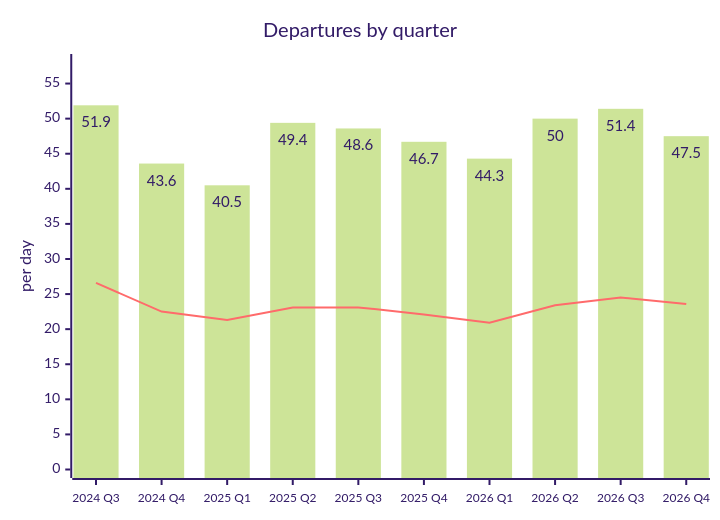
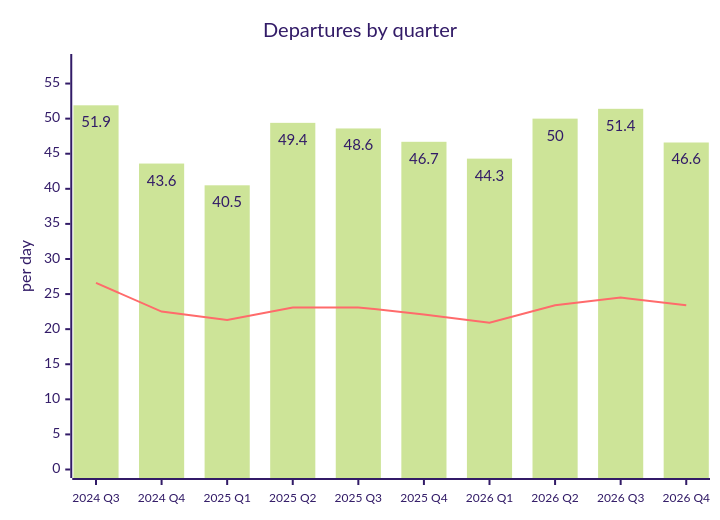
One commit to rainermesi/tll-airport-departures changed the second of 2 diagrams in README.md. Above: the diagram before and after it, drawn with Mermaid (forest theme). The commit also changed other lines of this file and 3 other files, not shown here.

````diff
--- a/README.md
+++ b/README.md
@@ -82,15 +82,15 @@
 ```mermaid
 ---
 config:
   xyChart:
     showDataLabel: true
     xAxis:
       labelFontSize: 12
 ---
 xychart-beta
     title "Departures by quarter"
     x-axis ["2024 Q3", "2024 Q4", "2025 Q1", "2025 Q2", "2025 Q3", "2025 Q4", "2026 Q1", "2026 Q2", "2026 Q3", "2026 Q4"]
     y-axis "per day" 0 --> 58
-    bar [51.9, 43.6, 40.5, 49.4, 48.6, 46.7, 44.3, 50.0, 51.4, 47.5]
-    line [26.6, 22.5, 21.3, 23.1, 23.1, 22.1, 20.9, 23.4, 24.5, 23.6]
+    bar [51.9, 43.6, 40.5, 49.4, 48.6, 46.7, 44.3, 50.0, 51.4, 46.6]
+    line [26.6, 22.5, 21.3, 23.1, 23.1, 22.1, 20.9, 23.4, 24.5, 23.4]
 ```
````
